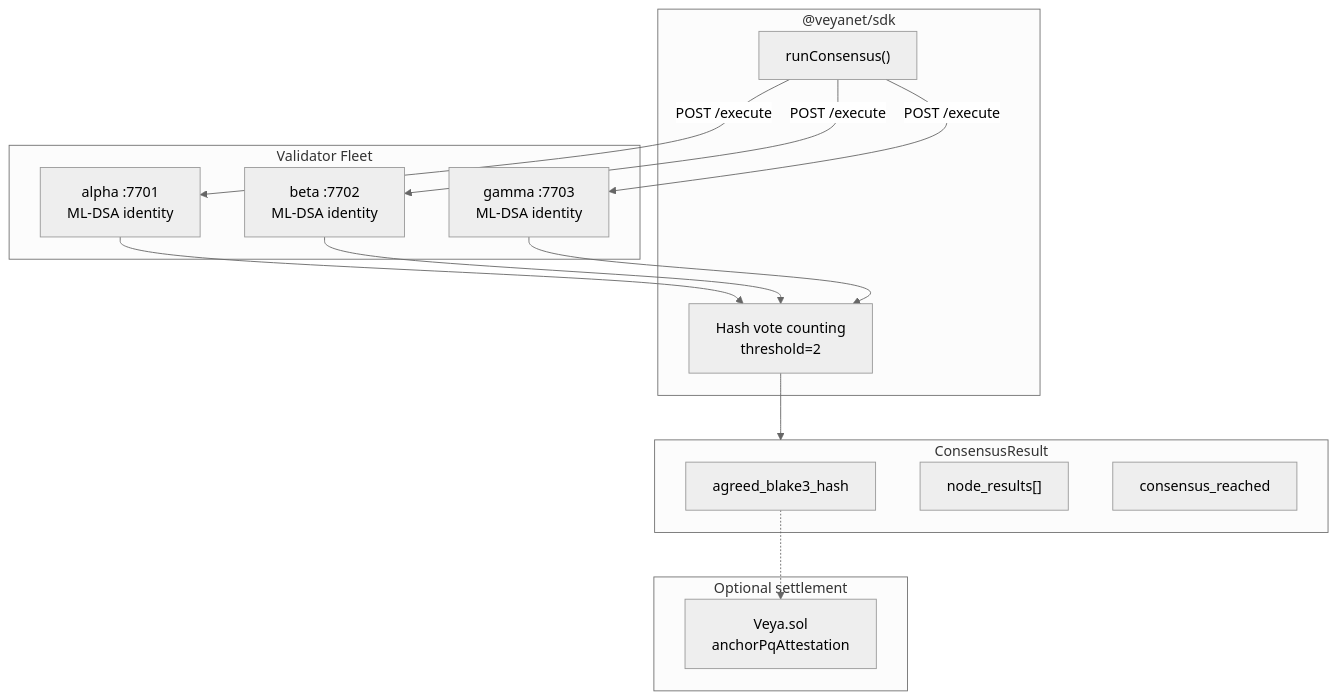
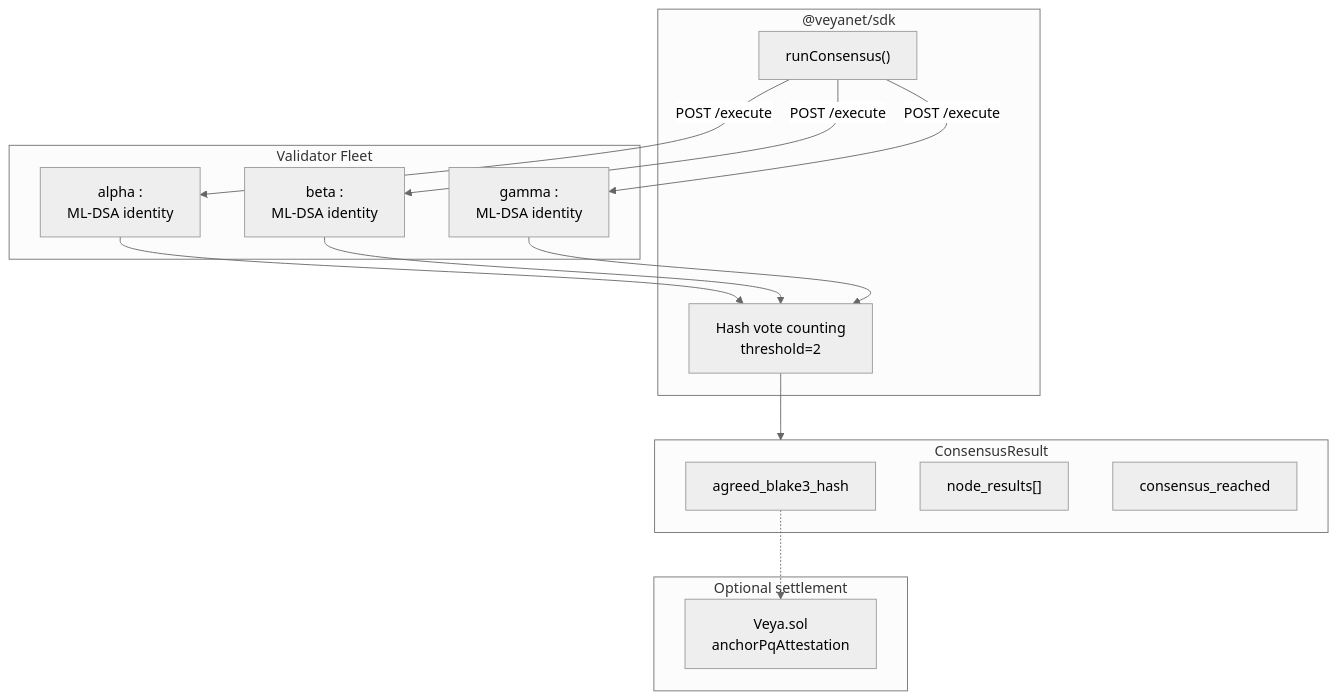
Before and after one commit to veyanet/veya-sdk: the first of 4 diagrams in docs/sdk/decentralized-compute.md, drawn with Mermaid (neutral theme). The commit also changed other lines of this file, not shown here.

````diff
--- a/docs/sdk/decentralized-compute.md
+++ b/docs/sdk/decentralized-compute.md
@@ -87,32 +85,32 @@
 ```mermaid
 flowchart TB
     subgraph SDK["@veyanet/sdk"]
         RC["runConsensus()"]
         EQ["Hash vote counting\nthreshold=2"]
     end
 
     subgraph Fleet["Validator Fleet"]
-        V1["alpha :7701\nML-DSA identity"]
-        V2["beta :7702\nML-DSA identity"]
-        V3["gamma :7703\nML-DSA identity"]
+        V1["alpha :<port-1>\nML-DSA identity"]
+        V2["beta :<port-2>\nML-DSA identity"]
+        V3["gamma :<port-3>\nML-DSA identity"]
     end
 
     subgraph Output["ConsensusResult"]
         AG["agreed_blake3_hash"]
         NR["node_results[]"]
         CR["consensus_reached"]
     end
 
     subgraph Chain["Optional settlement"]
         VEYA["Veya.sol\nanchorPqAttestation"]
     end
 
     RC -->|"POST /execute"| V1
     RC -->|"POST /execute"| V2
     RC -->|"POST /execute"| V3
     V1 --> EQ
     V2 --> EQ
     V3 --> EQ
     EQ --> Output
     AG -.-> VEYA
 ```
````
